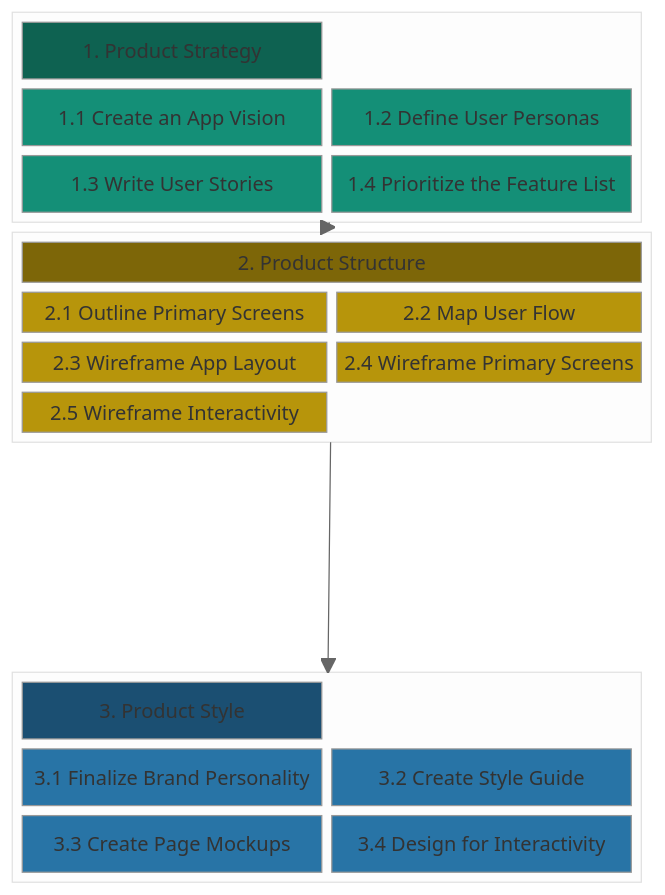
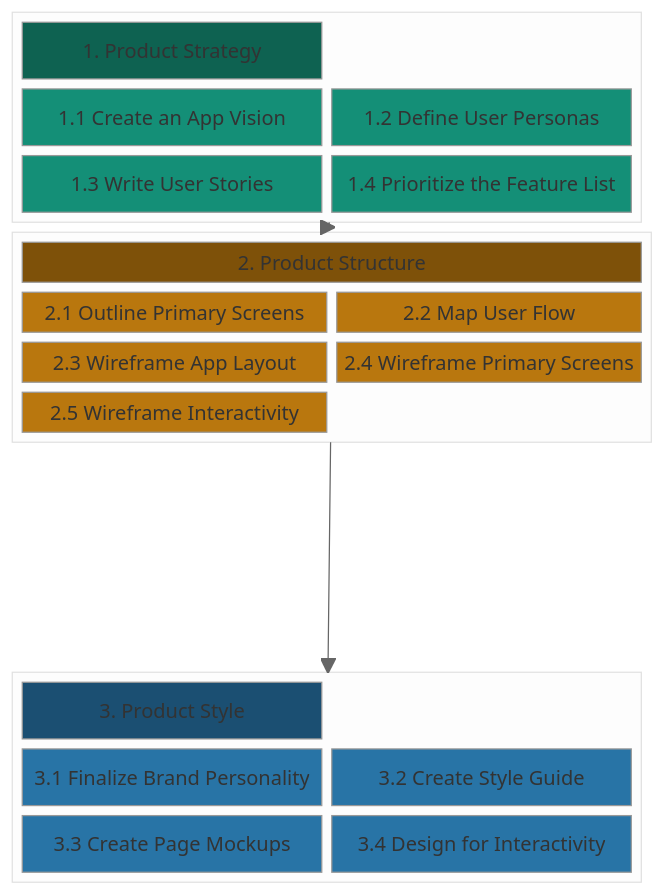
The diagram in docs/resources/techresources/uiux.md (chingu-voyages/Handbook), drawn with Mermaid (neutral theme) before and after one commit.

Commit message:
Feature: Add UI/UX workflow process template

````diff
--- a/docs/resources/techresources/uiux.md
+++ b/docs/resources/techresources/uiux.md
@@ -15,50 +15,50 @@
 ```mermaid
 block-beta
 columns 1
   block:STRATEGY
     columns 2
     A["1. Product Strategy"]:2
     B["1.1 Create an App Vision"]
     C["1.2 Define User Personas"]
     D["1.3 Write User Stories"]
     E["1.4 Prioritize the Feature List"]
   end
   block:STRUCTURE
     columns 2
     G["2. Product Structure"]:2
     H["2.1 Outline Primary Screens"]
     I["2.2 Map User Flow"]
     J["2.3 Wireframe App Layout"]
     K["2.4 Wireframe Primary Screens"]
     L["2.5 Wireframe Interactivity"]
   end
   STRATEGY --> STRUCTURE
   space
   block:STYLE
     columns 2
     M["3. Product Style"]:2
     N["3.1 Finalize Brand Personality"]
     O["3.2 Create Style Guide"]
     P["3.3 Create Page Mockups"]
     Q["3.4 Design for Interactivity"]
   end
   STRUCTURE --> STYLE
   style A fill:#0e6251
   style B fill:#148f77
   style C fill:#148f77
   style D fill:#148f77
   style E fill:#148f77
 
-  style G fill:#7d6608
-  style H fill:#b7950b
-  style I fill:#b7950b
-  style J fill:#b7950b
-  style K fill:#b7950b
-  style L fill:#b7950b
+  style G fill:#7e5109
+  style H fill:#b9770e
+  style I fill:#b9770e
+  style J fill:#b9770e
+  style K fill:#b9770e
+  style L fill:#b9770e
 
   style M fill:#1b4f72
   style N fill:#2874a6
   style O fill:#2874a6
   style P fill:#2874a6
   style Q fill:#2874a6
 ```
````
